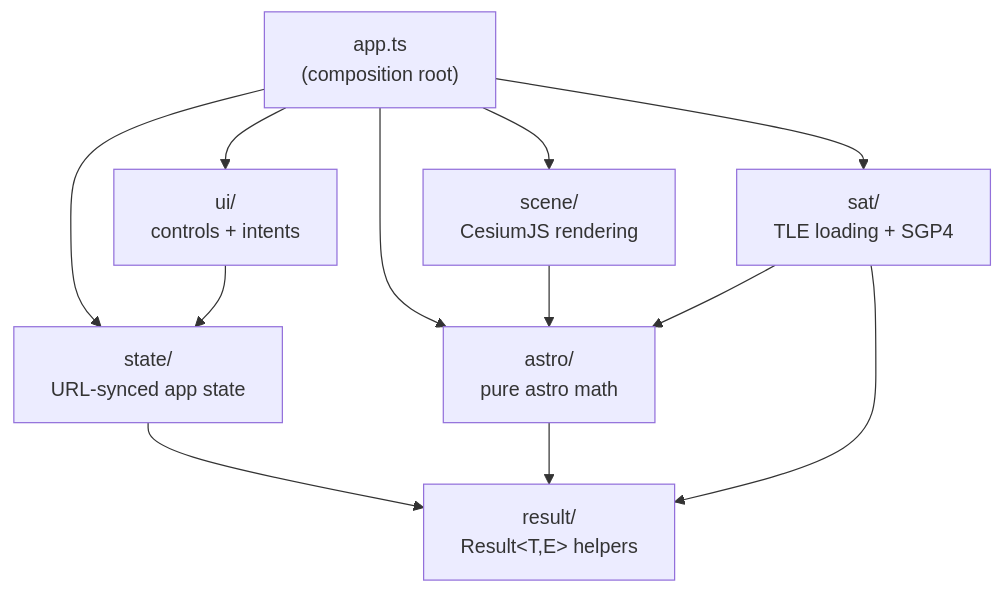
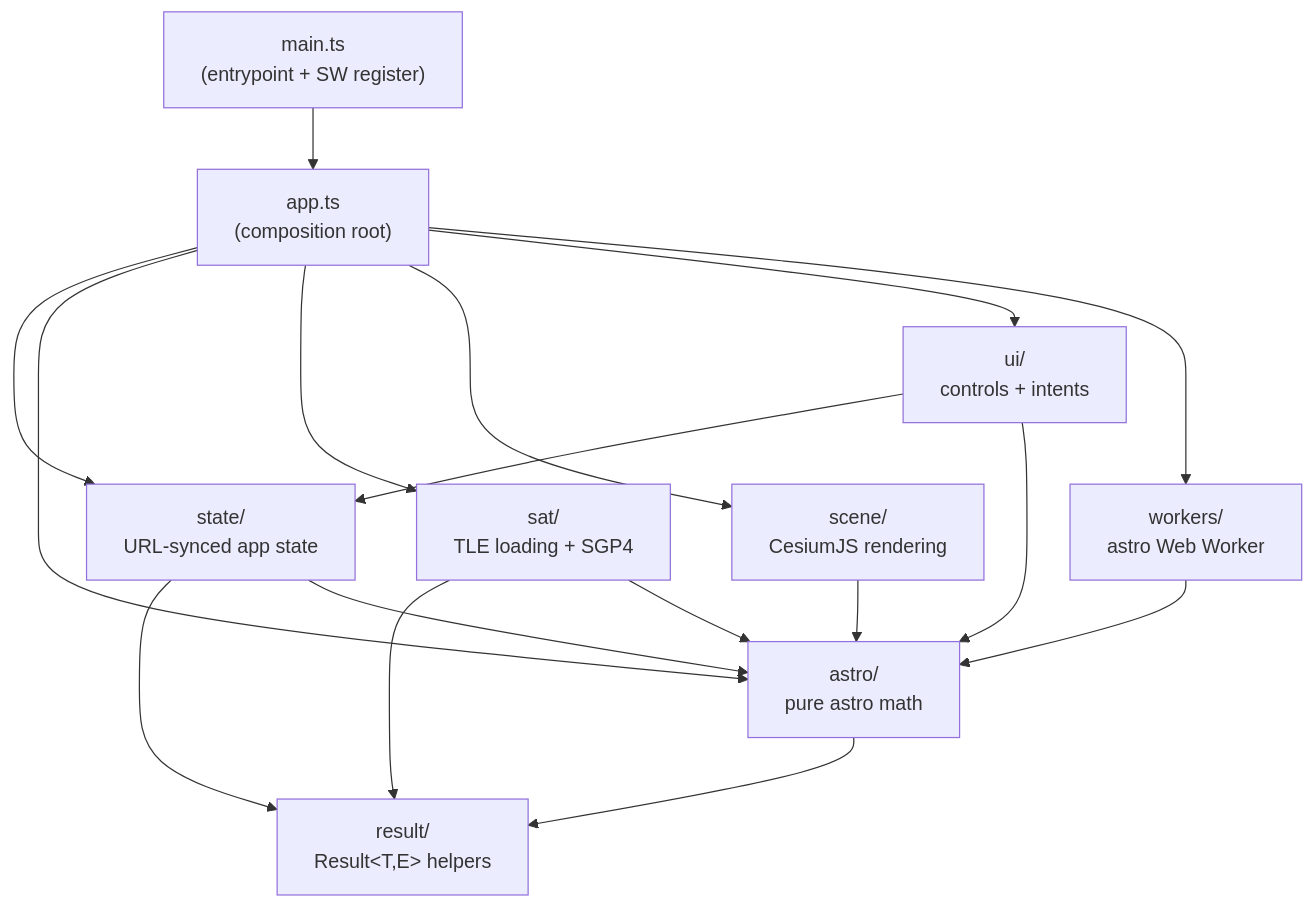
The first of 5 diagrams in docs/architecture.md (robsartin/planisphere), drawn with Mermaid before and after one commit. The commit also changed other lines of this file and 1 other file, not shown here.

````diff
--- a/docs/architecture.md
+++ b/docs/architecture.md
@@ -9,25 +11,32 @@
 ```mermaid
 graph TD
     app["app.ts<br/>(composition root)"]
+    main["main.ts<br/>(entrypoint + SW register)"]
     state["state/<br/>URL-synced app state"]
     astro["astro/<br/>pure astro math"]
     sat["sat/<br/>TLE loading + SGP4"]
     scene["scene/<br/>CesiumJS rendering"]
     ui["ui/<br/>controls + intents"]
+    workers["workers/<br/>astro Web Worker"]
     result["result/<br/>Result&lt;T,E&gt; helpers"]
 
+    main --> app
     app --> state
     app --> astro
     app --> sat
     app --> scene
     app --> ui
+    app --> workers
 
     state --> result
+    state --> astro
     astro --> result
     sat --> result
 
     scene --> astro
     sat --> astro
+    workers --> astro
 
     ui --> state
+    ui --> astro
 ```
````
